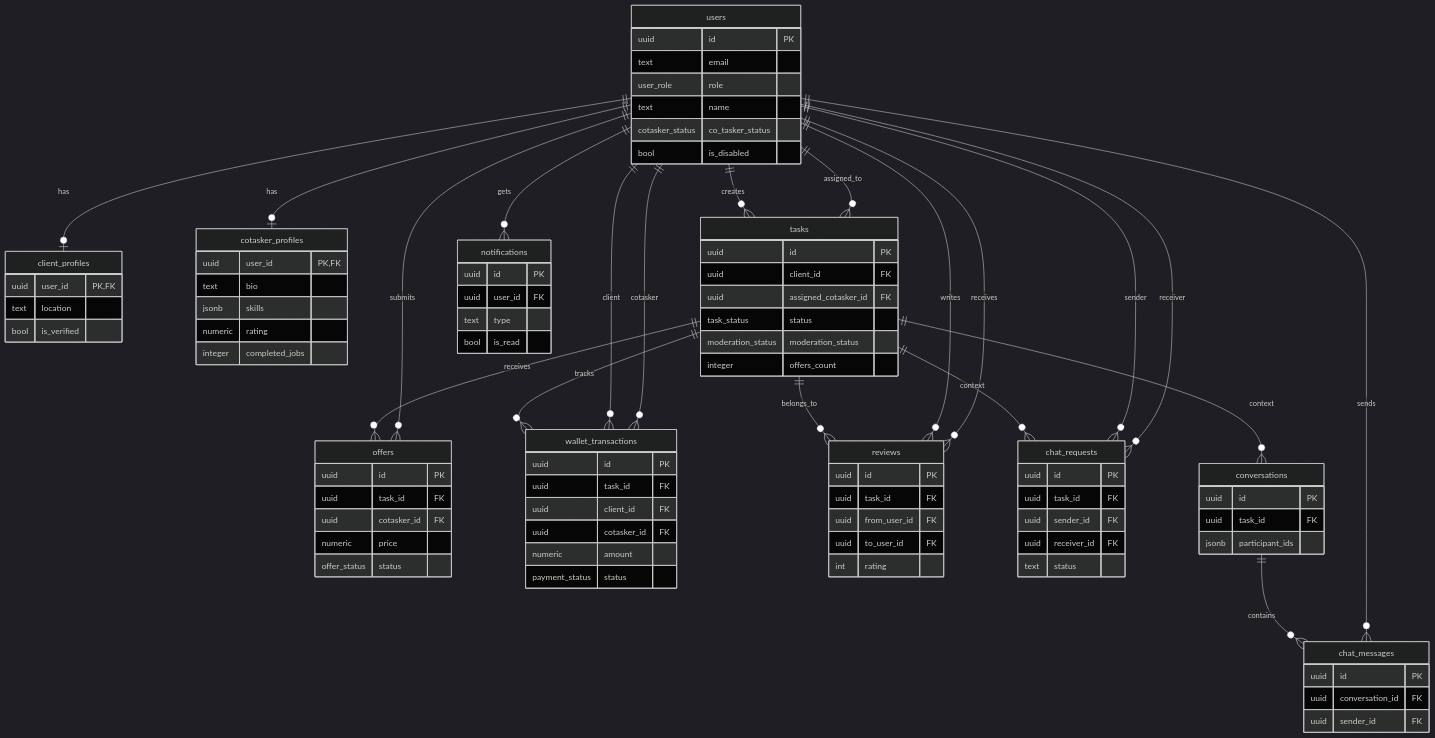
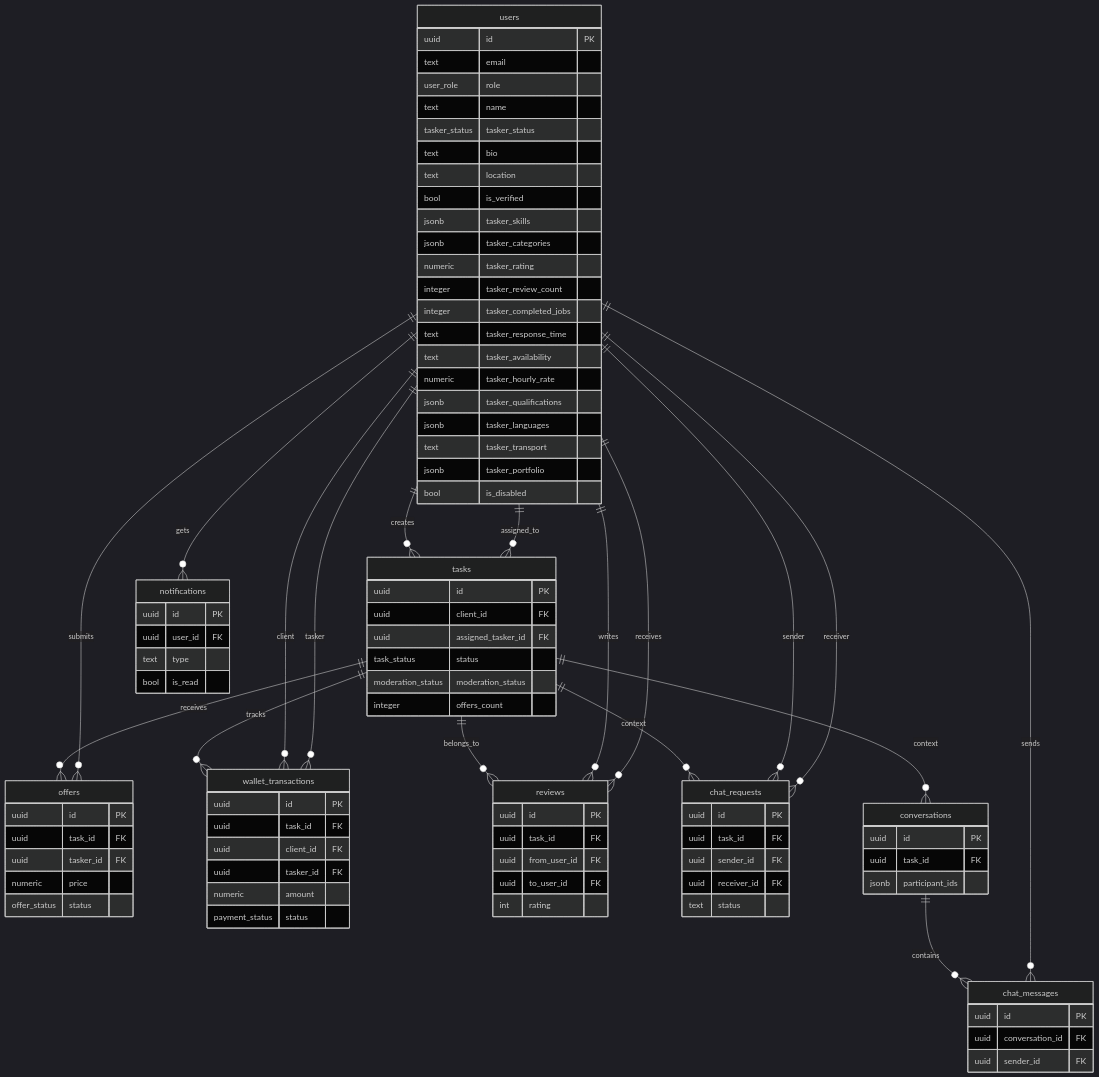
One commit to rajann44/dopzy changed the diagram in docs/database/ERD.md. Above: the diagram before and after it, drawn with Mermaid (dark theme). The commit also changed 31 other files, not shown here.

Commit message:
refactor: rename cotasker to tasker across app and schema

````diff
--- a/docs/database/ERD.md
+++ b/docs/database/ERD.md
@@ -5,8 +5,5 @@
 ```mermaid
 erDiagram
-  users ||--o| client_profiles : has
-  users ||--o| cotasker_profiles : has
-
   users ||--o{ tasks : creates
   users ||--o{ tasks : assigned_to
 
@@ -15,7 +12,7 @@
 
   tasks ||--o{ wallet_transactions : tracks
   users ||--o{ wallet_transactions : client
-  users ||--o{ wallet_transactions : cotasker
+  users ||--o{ wallet_transactions : tasker
 
   tasks ||--o{ reviews : belongs_to
   users ||--o{ reviews : writes
@@ -36,28 +33,29 @@
     text email
     user_role role
     text name
-    cotasker_status co_tasker_status
-    bool is_disabled
-  }
-
-  client_profiles {
-    uuid user_id PK,FK
+    tasker_status tasker_status
+    text bio
     text location
     bool is_verified
-  }
-
-  cotasker_profiles {
-    uuid user_id PK,FK
-    text bio
-    jsonb skills
-    numeric rating
-    integer completed_jobs
+    jsonb tasker_skills
+    jsonb tasker_categories
+    numeric tasker_rating
+    integer tasker_review_count
+    integer tasker_completed_jobs
+    text tasker_response_time
+    text tasker_availability
+    numeric tasker_hourly_rate
+    jsonb tasker_qualifications
+    jsonb tasker_languages
+    text tasker_transport
+    jsonb tasker_portfolio
+    bool is_disabled
   }
 
   tasks {
     uuid id PK
     uuid client_id FK
-    uuid assigned_cotasker_id FK
+    uuid assigned_tasker_id FK
     task_status status
     moderation_status moderation_status
     integer offers_count
@@ -66,7 +64,7 @@
   offers {
     uuid id PK
     uuid task_id FK
-    uuid cotasker_id FK
+    uuid tasker_id FK
     numeric price
     offer_status status
   }
@@ -75,7 +73,7 @@
     uuid id PK
     uuid task_id FK
     uuid client_id FK
-    uuid cotasker_id FK
+    uuid tasker_id FK
     numeric amount
     payment_status status
   }
````
